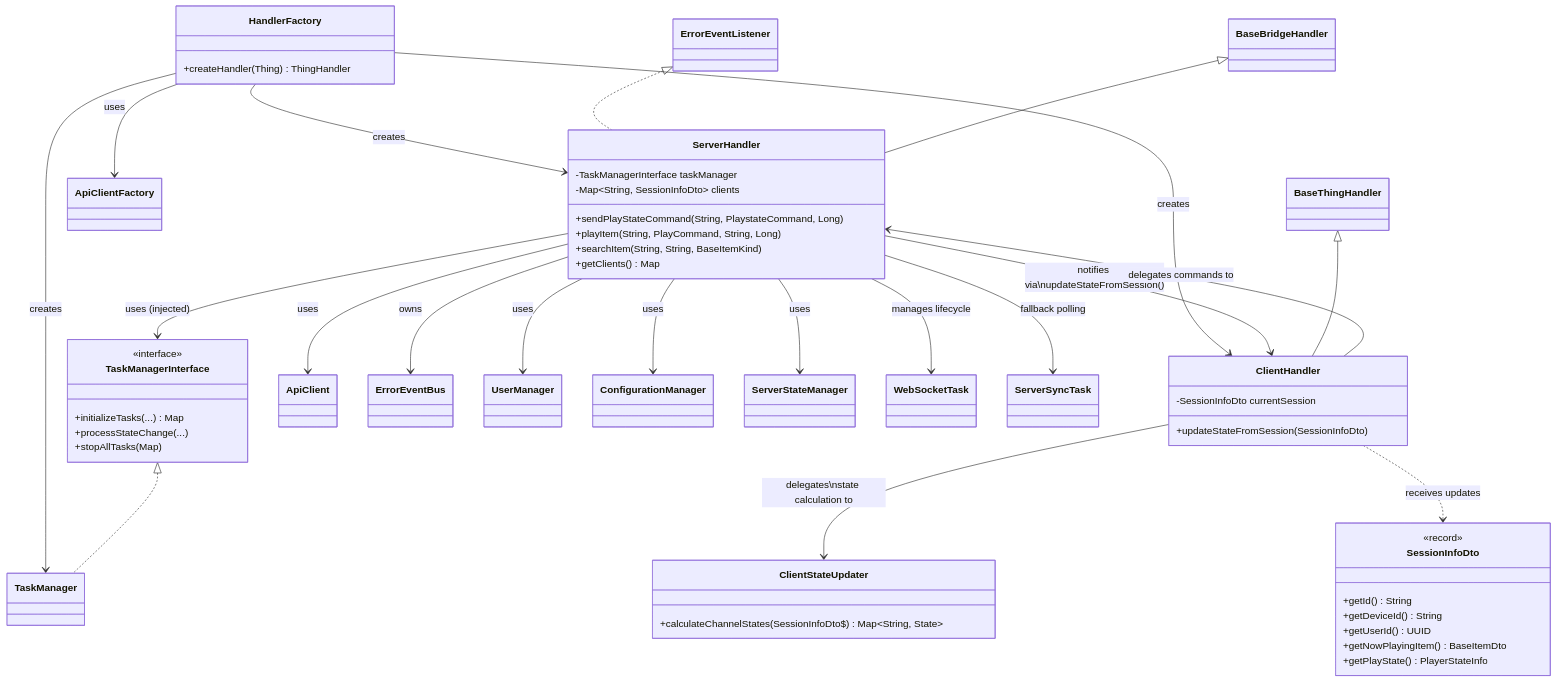
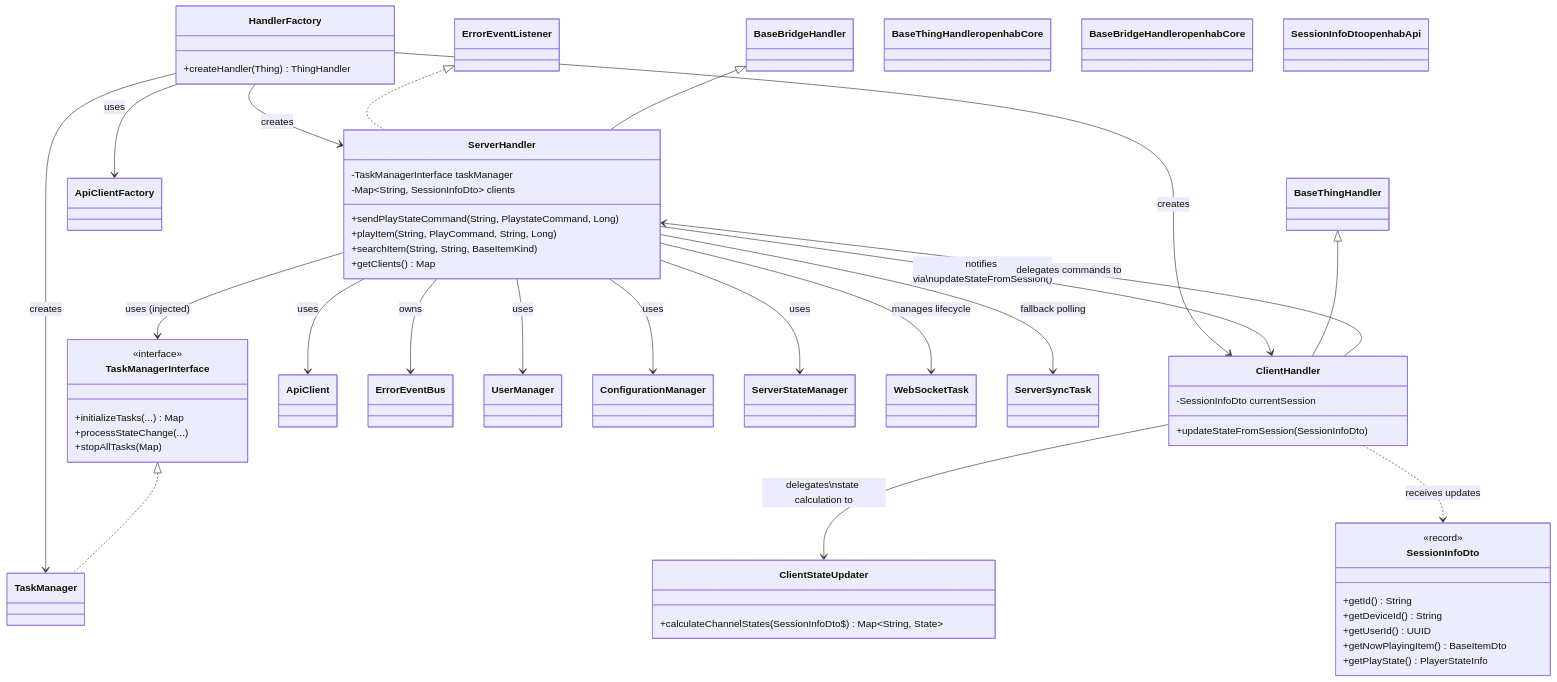
The diagram in bundles/org.openhab.binding.jellyfin/docs/architecture/core-handler.md (openhab/openhab-addons), drawn with Mermaid before and after one commit. The commit also changed 5 other files, not shown here.

First line of the commit message:
🎨 docs: Apply color scheme to Mermaid diagrams using classDef

````diff
--- a/bundles/org.openhab.binding.jellyfin/docs/architecture/core-handler.md
+++ b/bundles/org.openhab.binding.jellyfin/docs/architecture/core-handler.md
@@ -6,66 +6,73 @@
 ```mermaid
 classDiagram
     %% Core handler relationships
     HandlerFactory --> ServerHandler : creates
     HandlerFactory --> ClientHandler : creates
     HandlerFactory --> TaskManager : creates
     HandlerFactory --> ApiClientFactory : uses
 
     ServerHandler --> TaskManagerInterface : uses (injected)
     ServerHandler --> ApiClient : uses
     ServerHandler --> ErrorEventBus : owns
     ServerHandler --> UserManager : uses
     ServerHandler --> ConfigurationManager : uses
     ServerHandler --> ServerStateManager : uses
     ServerHandler --> WebSocketTask : manages lifecycle
     ServerHandler --> ServerSyncTask : fallback polling
     ServerHandler --> ClientHandler : notifies via\nupdateStateFromSession()
 
     ClientHandler --> ServerHandler : delegates commands to
     ClientHandler --> ClientStateUpdater : delegates\nstate calculation to
     ClientHandler ..> SessionInfoDto : receives updates
 
     %% Key interfaces
     TaskManagerInterface <|.. TaskManager
     ErrorEventListener <|.. ServerHandler
     BaseBridgeHandler <|-- ServerHandler
     BaseThingHandler <|-- ClientHandler
 
     class HandlerFactory {
         +createHandler(Thing) ThingHandler
     }
 
     class ServerHandler {
         -TaskManagerInterface taskManager
         -Map~String, SessionInfoDto~ clients
         +sendPlayStateCommand(String, PlaystateCommand, Long)
         +playItem(String, PlayCommand, String, Long)
         +searchItem(String, String, BaseItemKind)
         +getClients() Map
     }
 
     class ClientHandler {
         -SessionInfoDto currentSession
         +updateStateFromSession(SessionInfoDto)
     }
 
     class ClientStateUpdater {
         +calculateChannelStates(SessionInfoDto$) Map~String, State~
     }
 
     class TaskManagerInterface {
         <<interface>>
         +initializeTasks(...) Map
         +processStateChange(...)
         +stopAllTasks(Map)
     }
 
     class SessionInfoDto {
         <<record>>
         +getId() String
         +getDeviceId() String
         +getUserId() UUID
         +getNowPlayingItem() BaseItemDto
         +getPlayState() PlayerStateInfo
     }
+
+    %% Color scheme for external libraries
+    classDef openhabCore fill:#ffb366,stroke:#cc8533,color:#000
+    classDef openhabApi fill:#99dd99,stroke:#66bb66,color:#000
+    class BaseThingHandler openhabCore
+    class BaseBridgeHandler openhabCore
+    class SessionInfoDto openhabApi
 ```
````
